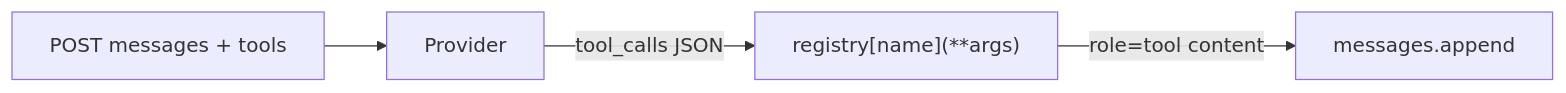
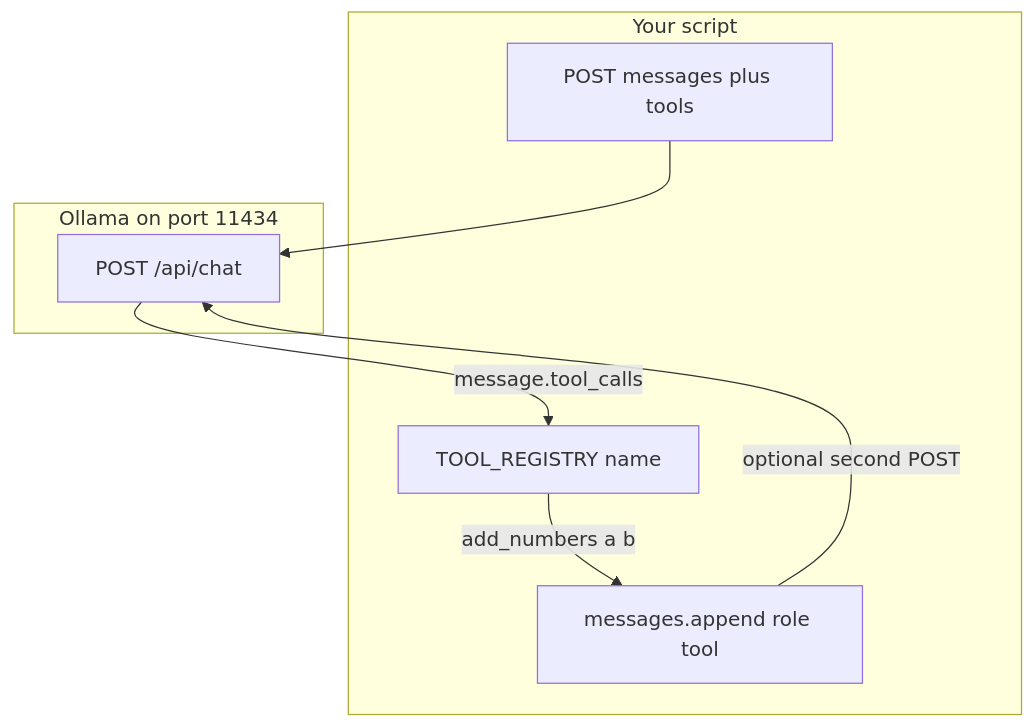
Before and after one commit to jacobbweber/AgenticAI-Labs: the diagram in education/03_the_dispatcher/00_tool_dispatch.md, drawn with Mermaid. The commit also changed other lines of this file, not shown here.

````diff
--- a/education/03_the_dispatcher/00_tool_dispatch.md
+++ b/education/03_the_dispatcher/00_tool_dispatch.md
@@ -31,6 +39,15 @@
 ```mermaid
-flowchart LR
-    A["POST messages + tools"] --> B["Provider"]
-    B -->|"tool_calls JSON"| C["registry[name](**args)"]
-    C -->|"role=tool content"| D["messages.append"]
+flowchart TD
+    subgraph ch03_script [Your script]
+        REQ["POST messages plus tools"]
+        REG["TOOL_REGISTRY name"]
+        APP["messages.append role tool"]
+    end
+    subgraph ch03_host [Ollama on port 11434]
+        CHAT["POST /api/chat"]
+    end
+    REQ --> CHAT
+    CHAT -->|"message.tool_calls"| REG
+    REG -->|"add_numbers a b"| APP
+    APP -->|"optional second POST"| CHAT
 ```
````
